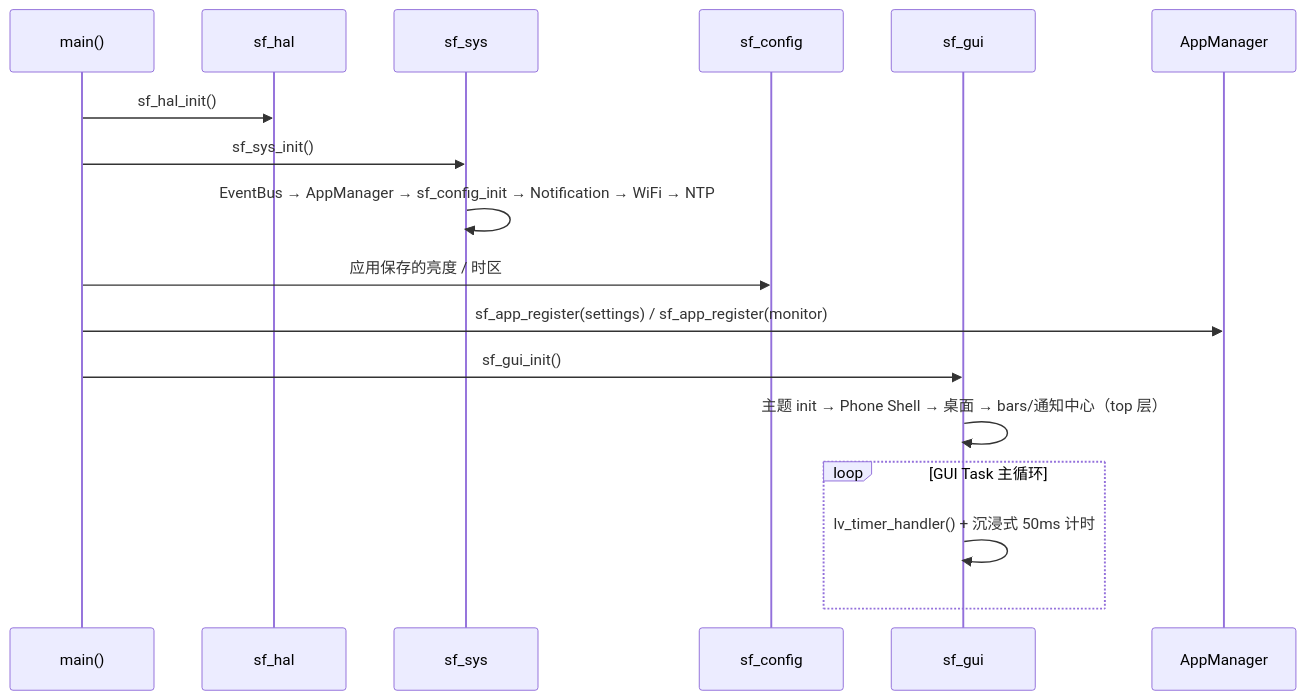
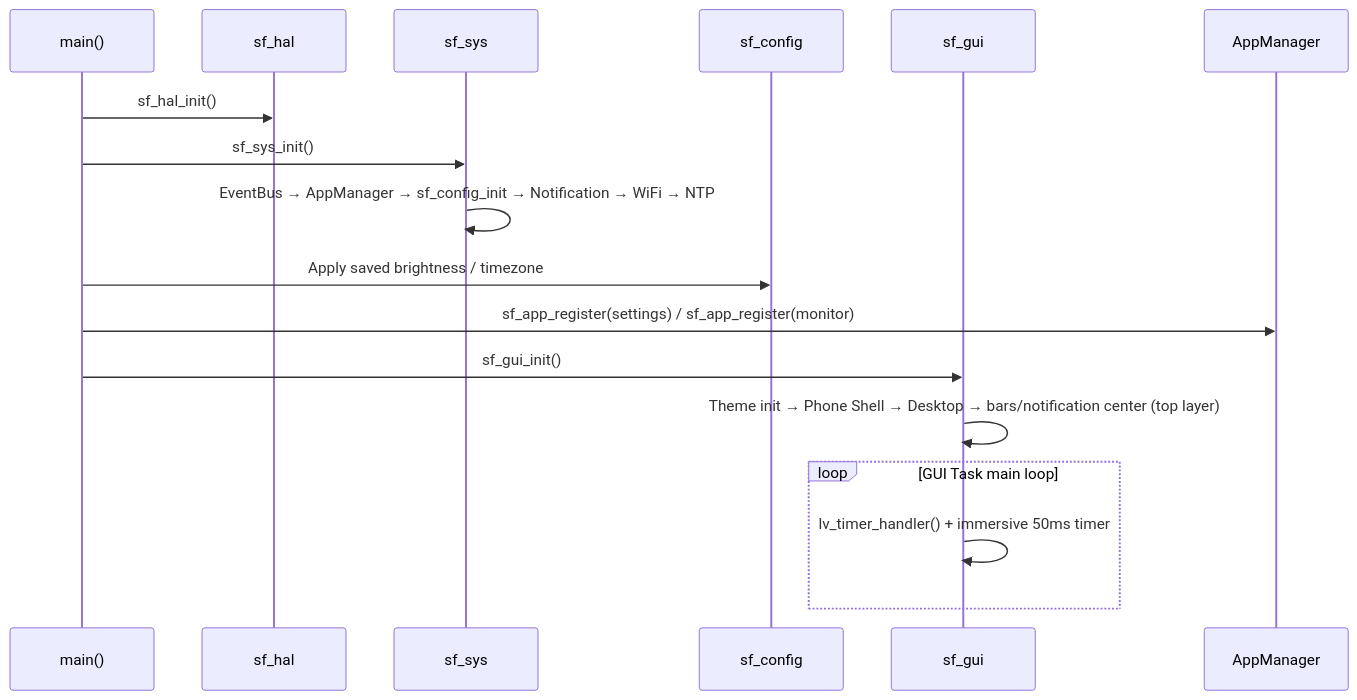
The fourth of 4 diagrams in docs/DESIGN.md (zhangxingliao/StarryFire), drawn with Mermaid before and after one commit. The commit also changed other lines of this file and 1 other file, not shown here.

````diff
--- a/docs/DESIGN.md
+++ b/docs/DESIGN.md
@@ -589,20 +579,20 @@
 ```mermaid
 sequenceDiagram
     participant M as main()
     participant HAL as sf_hal
     participant SYS as sf_sys
     participant CFG as sf_config
     participant GUI as sf_gui
     participant AM as AppManager
 
     M->>HAL: sf_hal_init()
     M->>SYS: sf_sys_init()
     SYS->>SYS: EventBus → AppManager → sf_config_init → Notification → WiFi → NTP
-    M->>CFG: 应用保存的亮度 / 时区
+    M->>CFG: Apply saved brightness / timezone
     M->>AM: sf_app_register(settings) / sf_app_register(monitor)
     M->>GUI: sf_gui_init()
-    GUI->>GUI: 主题 init → Phone Shell → 桌面 → bars/通知中心（top 层）
-    loop GUI Task 主循环
-        GUI->>GUI: lv_timer_handler() + 沉浸式 50ms 计时
+    GUI->>GUI: Theme init → Phone Shell → Desktop → bars/notification center (top layer)
+    loop GUI Task main loop
+        GUI->>GUI: lv_timer_handler() + immersive 50ms timer
     end
 ```
````
